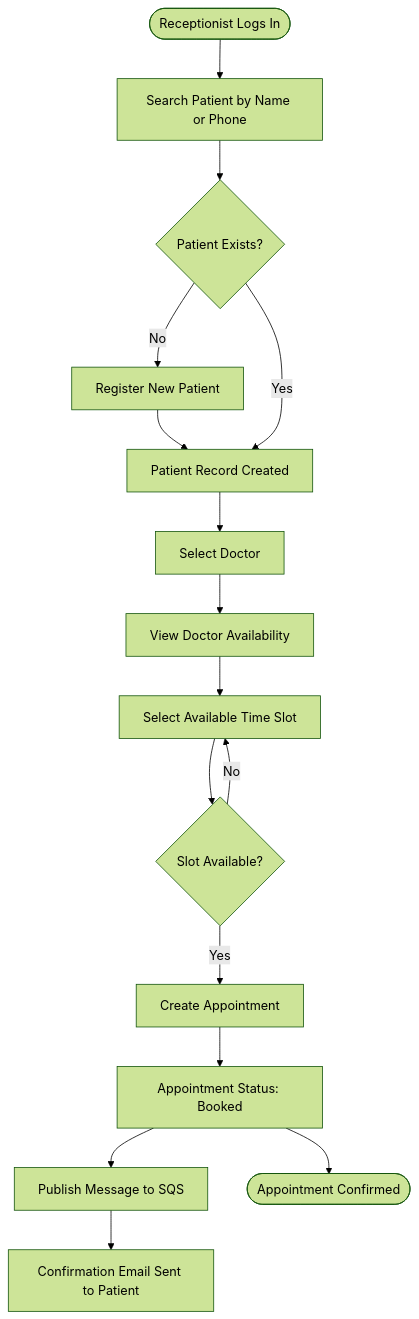
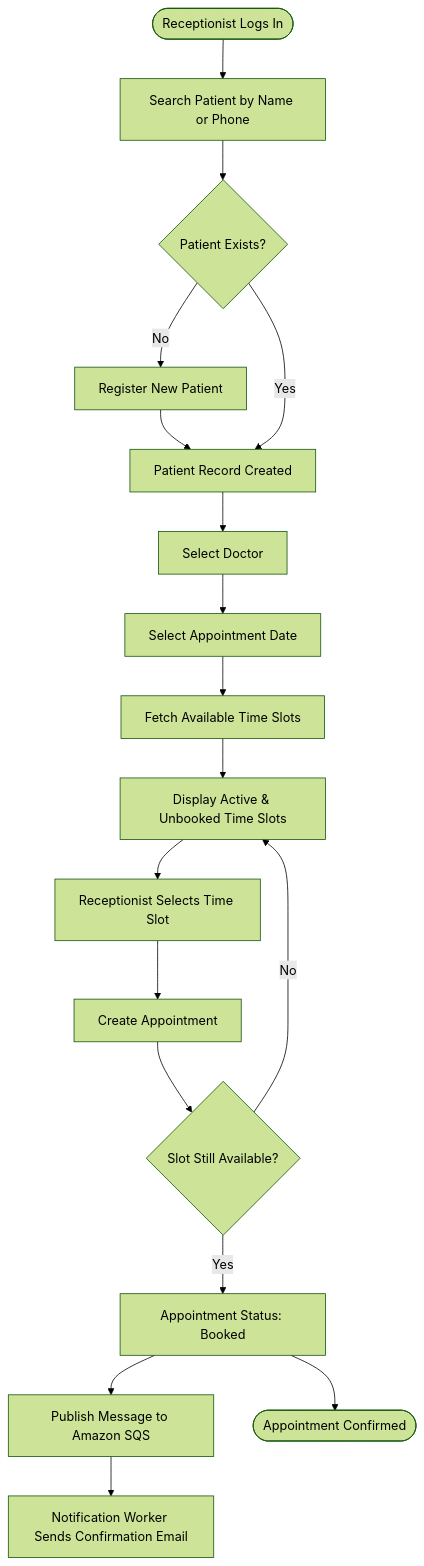
Before and after one commit to AmbyHasan/HMS: the first of 12 diagrams in docs/04-Flow-Design.md, drawn with Mermaid (forest theme). The commit also changed other lines of this file, not shown here.

Commit message:
Fix flow design doc

````diff
--- a/docs/04-Flow-Design.md
+++ b/docs/04-Flow-Design.md
@@ -20,18 +17,25 @@
 ```mermaid
 flowchart TD
     A([Receptionist Logs In]) --> B[Search Patient by Name or Phone]
     B --> C{Patient Exists?}
+
     C -- No --> D[Register New Patient]
     D --> E[Patient Record Created]
     C -- Yes --> E
+
     E --> F[Select Doctor]
-    F --> G[View Doctor Availability]
-    G --> H[Select Available Time Slot]
-    H --> I{Slot Available?}
-    I -- No --> H
-    I -- Yes --> J[Create Appointment]
-    J --> K[Appointment Status: Booked]
-    K --> L[Publish Message to SQS]
-    L --> M[Confirmation Email Sent to Patient]
-    K --> N([Appointment Confirmed])
+    F --> G[Select Appointment Date]
+    G --> H[Fetch Available Time Slots]
+    H --> I[Display Active & Unbooked Time Slots]
+    I --> J[Receptionist Selects Time Slot]
+    J --> K[Create Appointment]
+
+    K --> L{Slot Still Available?}
+    L -- No --> I
+    L -- Yes --> M[Appointment Status: Booked]
+
+    M --> N[Publish Message to Amazon SQS]
+    N --> O[Notification Worker Sends Confirmation Email]
+
+    M --> P([Appointment Confirmed])
 ```
````
